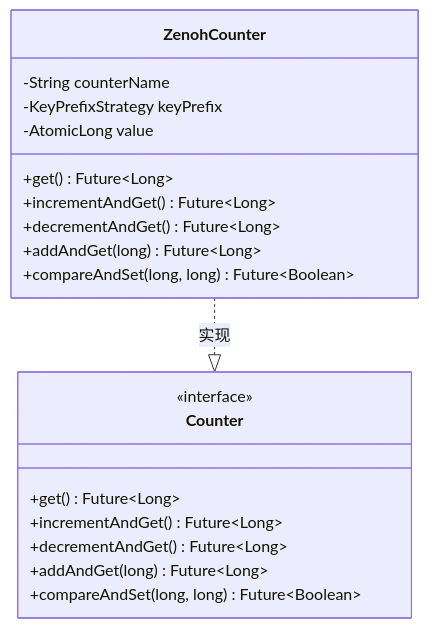
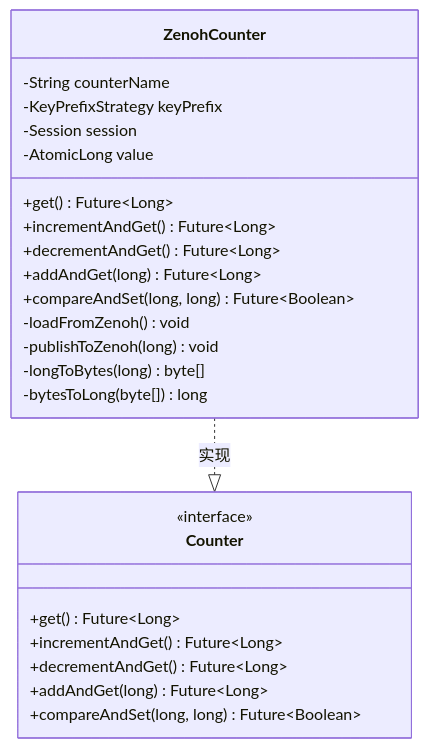
The sixth of 19 diagrams in .qoder/repowiki/zh/content/分布式功能实现.md (ossworker/vertx-starter), drawn with Mermaid before and after one commit. The commit also changed other lines of this file and 7 other files, not shown here.

````diff
--- a/.qoder/repowiki/zh/content/分布式功能实现.md
+++ b/.qoder/repowiki/zh/content/分布式功能实现.md
@@ -223,22 +265,27 @@
 ```mermaid
 classDiagram
 class ZenohCounter {
 -String counterName
 -KeyPrefixStrategy keyPrefix
+-Session session
 -AtomicLong value
 +get() Future~Long~
 +incrementAndGet() Future~Long~
 +decrementAndGet() Future~Long~
 +addAndGet(long) Future~Long~
 +compareAndSet(long, long) Future~Boolean~
+-loadFromZenoh() void
+-publishToZenoh(long) void
+-longToBytes(long) byte[]
+-bytesToLong(byte[]) long
 }
 class Counter {
 <<interface>>
 +get() Future~Long~
 +incrementAndGet() Future~Long~
 +decrementAndGet() Future~Long~
 +addAndGet(long) Future~Long~
 +compareAndSet(long, long) Future~Boolean~
 }
 ZenohCounter ..|> Counter : 实现
 ```
````
